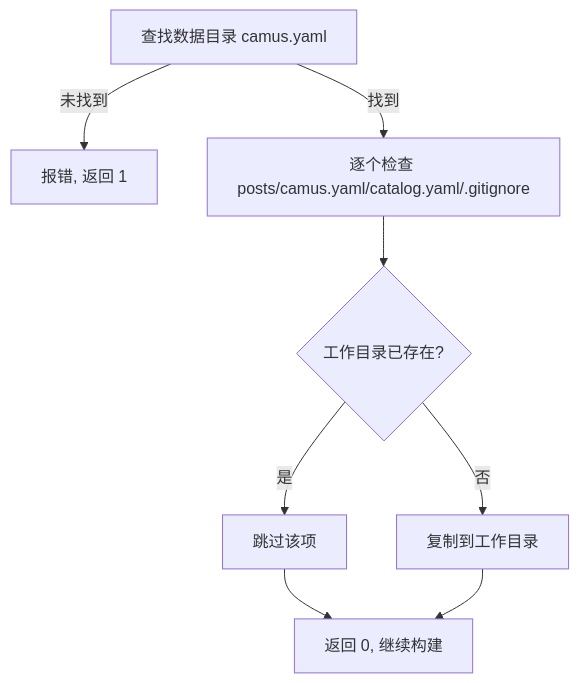
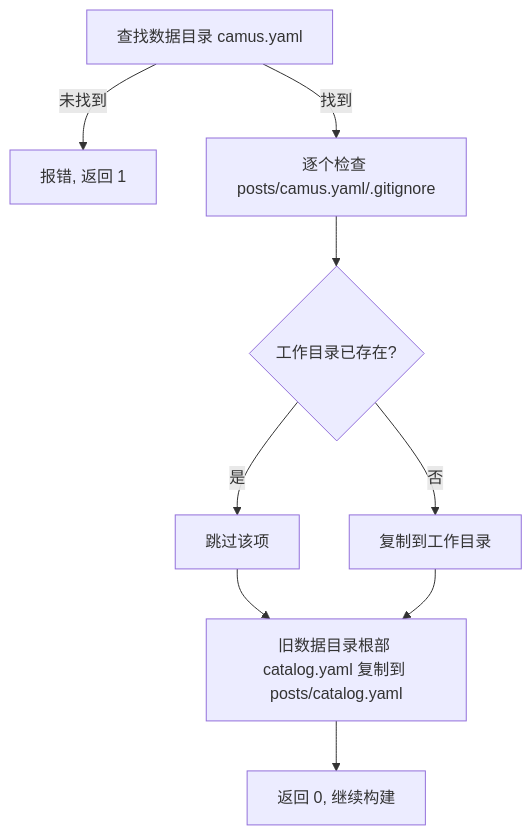
The first of 2 diagrams in docs/prd/08-template-install.md (o8x/camus), drawn with Mermaid before and after one commit. The commit also changed other lines of this file and 15 other files, not shown here.

````diff
--- a/docs/prd/08-template-install.md
+++ b/docs/prd/08-template-install.md
@@ -49,10 +48,11 @@
 ```mermaid
 flowchart TD
     A[查找数据目录 camus.yaml] -->|未找到| X[报错, 返回 1]
-    A -->|找到| B[逐个检查 posts/camus.yaml/catalog.yaml/.gitignore]
+    A -->|找到| B[逐个检查 posts/camus.yaml/.gitignore]
     B --> C{工作目录已存在?}
     C -->|是| S[跳过该项]
     C -->|否| D[复制到工作目录]
-    S --> OK[返回 0, 继续构建]
-    D --> OK
+    S --> L[旧数据目录根部 catalog.yaml 复制到 posts/catalog.yaml]
+    D --> L
+    L --> OK[返回 0, 继续构建]
 ```
````
